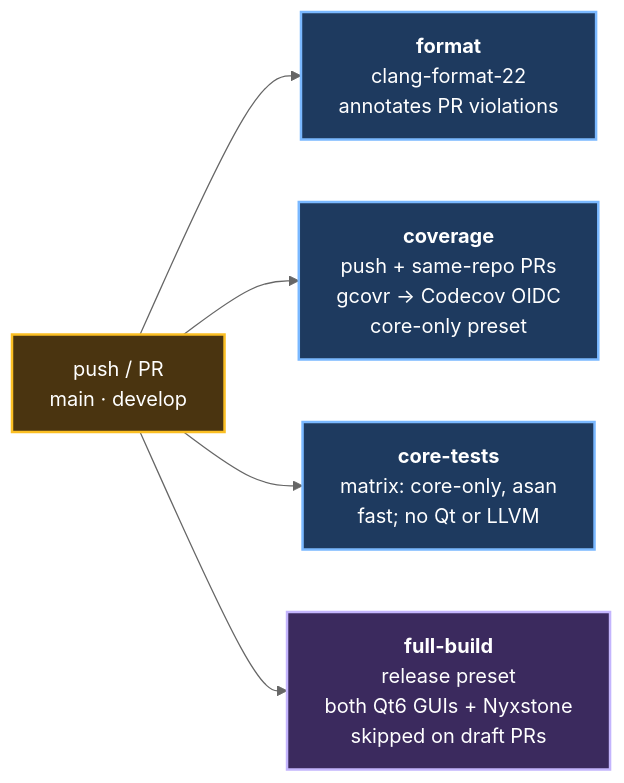
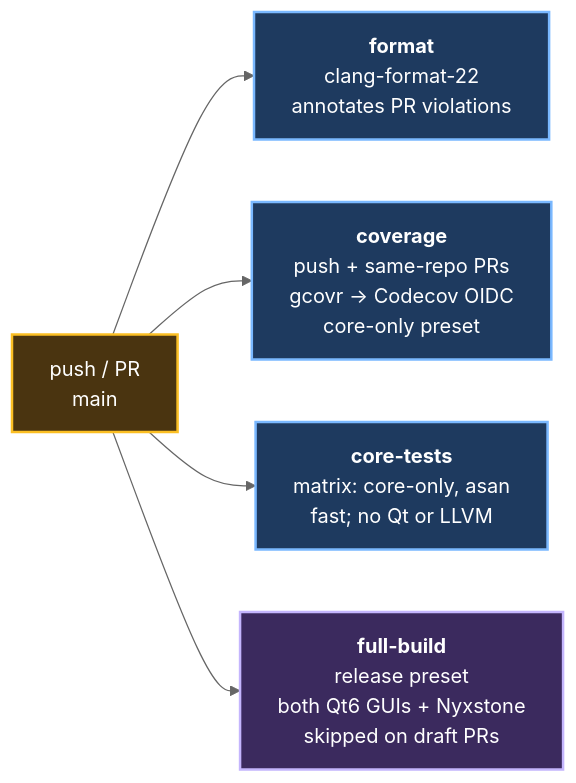
One commit to khenderson20/clearCore changed the diagram in CLAUDE.md. Above: the diagram before and after it, drawn with Mermaid (neutral theme). The commit also changed other lines of this file and 16 other files, not shown here.

````diff
--- a/CLAUDE.md
+++ b/CLAUDE.md
@@ -268,17 +273,17 @@
 ```mermaid
 flowchart LR
-    TRIG["push / PR<br/>main · develop"]
+    TRIG["push / PR<br/>main"]
 
     TRIG --> FMT["<b>format</b><br/>clang-format-22<br/>annotates PR violations"]
     TRIG --> COV["<b>coverage</b><br/>push + same-repo PRs<br/>gcovr → Codecov OIDC<br/>core-only preset"]
     TRIG --> CT["<b>core-tests</b><br/>matrix: core-only, asan<br/>fast; no Qt or LLVM"]
     TRIG --> FB["<b>full-build</b><br/>release preset<br/>both Qt6 GUIs + Nyxstone<br/>skipped on draft PRs"]
 
     classDef trig  fill:#4a3410,stroke:#fbbf24,stroke-width:2px,color:#ffffff
     classDef gate  fill:#1e3a5f,stroke:#7ab8ff,stroke-width:2px,color:#ffffff
     classDef heavy fill:#3b2a5e,stroke:#c4b5fd,stroke-width:2px,color:#ffffff
 
     class TRIG trig
     class FMT,COV,CT gate
     class FB heavy
 ```
````
